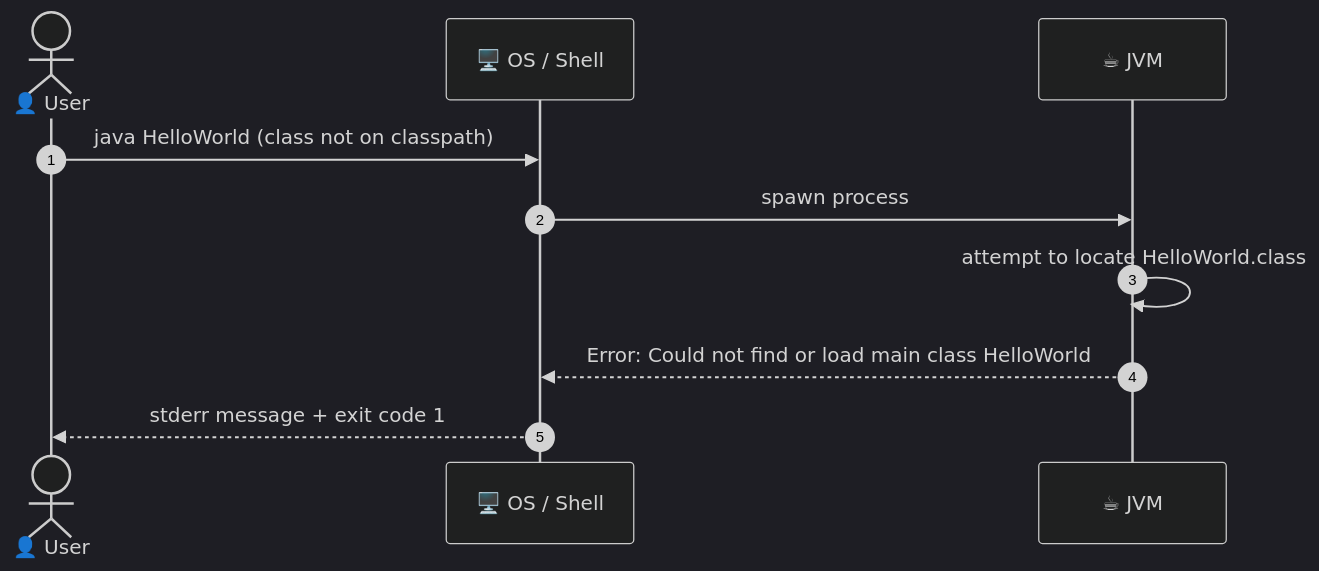
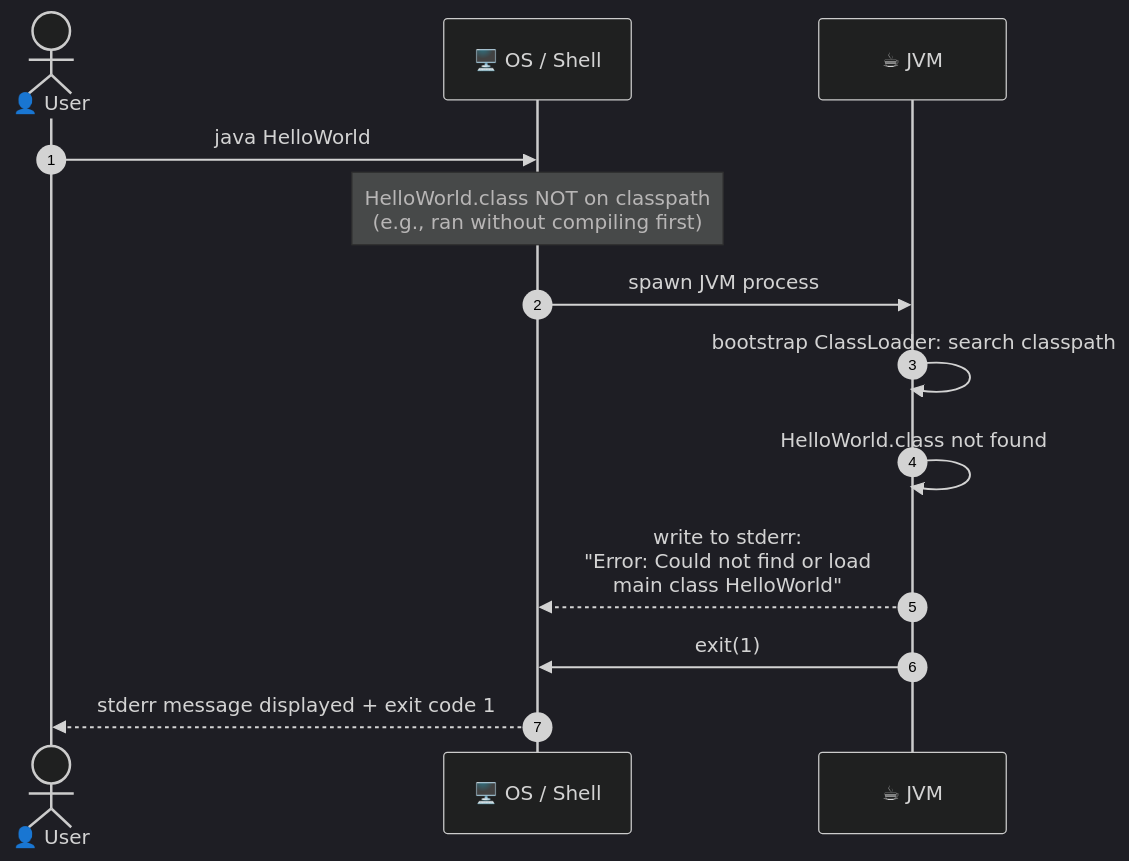
Diagram 11 of 25 in arc42-documentation.md (ktruchcz/copilot-test-ktruchcz), drawn with Mermaid (dark theme) before and after one commit. The commit also changed other lines of this file, not shown here.

First line of the commit message:
Generate comprehensive Arc42 architecture documentation v2.0.0

````diff
--- a/arc42-documentation.md
+++ b/arc42-documentation.md
@@ -325,13 +624,16 @@
 ```mermaid
 sequenceDiagram
     autonumber
     actor User as 👤 User
     participant OS as 🖥️ OS / Shell
     participant JVM as ☕ JVM
 
-    User->>OS: java HelloWorld (class not on classpath)
-    OS->>JVM: spawn process
-    JVM->>JVM: attempt to locate HelloWorld.class
-    JVM-->>OS: Error: Could not find or load main class HelloWorld
-    OS-->>User: stderr message + exit code 1
+    User->>OS: java HelloWorld
+    Note over OS: HelloWorld.class NOT on classpath<br/>(e.g., ran without compiling first)
+    OS->>JVM: spawn JVM process
+    JVM->>JVM: bootstrap ClassLoader: search classpath
+    JVM->>JVM: HelloWorld.class not found
+    JVM-->>OS: write to stderr:<br/>"Error: Could not find or load<br/> main class HelloWorld"
+    JVM->>OS: exit(1)
+    OS-->>User: stderr message displayed + exit code 1
 ```
````
